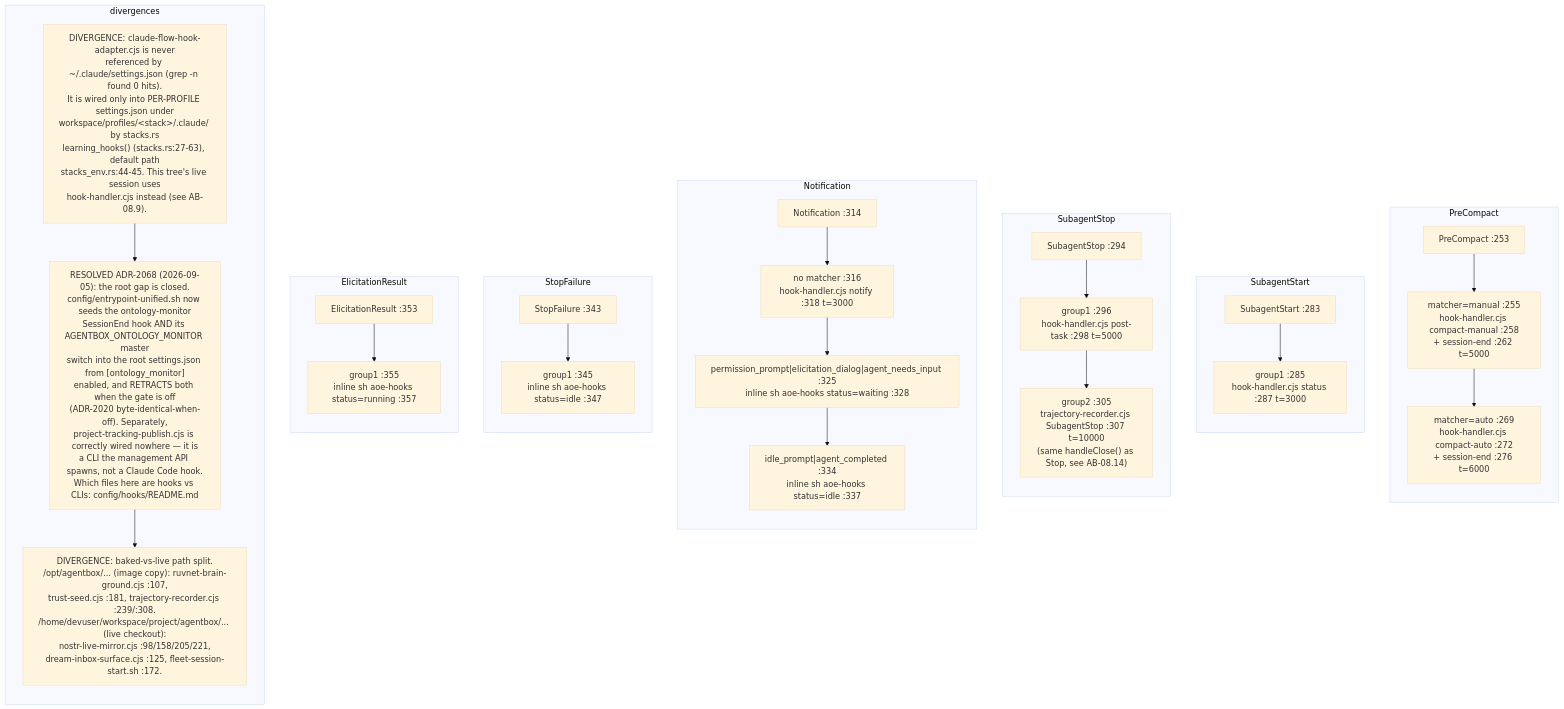
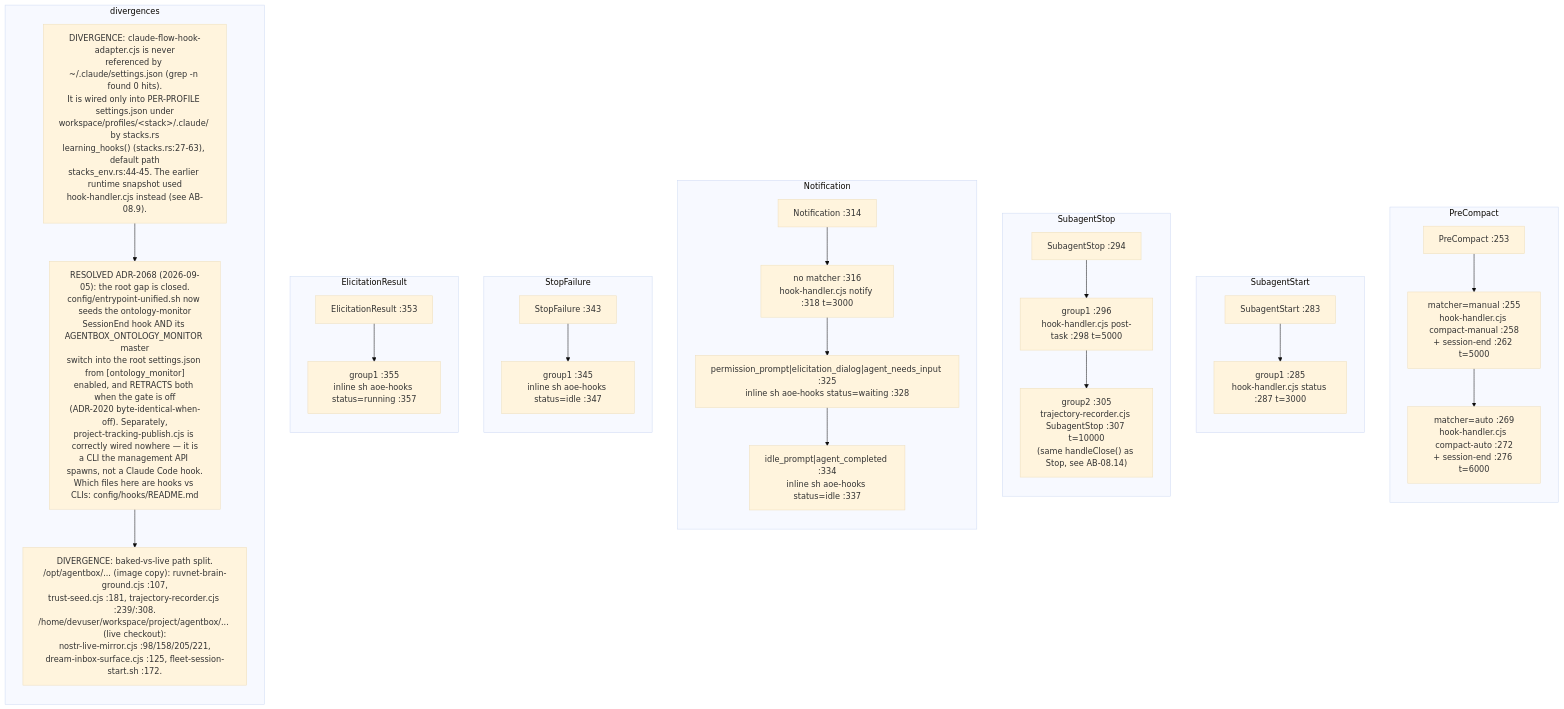
Before and after one commit to DreamLab-AI/VisionFlow: the second of 14 diagrams in docs/diagrams/agentbox/08-hooks-pipeline.md, drawn with Mermaid (base theme). The commit also changed other lines of this file and 185 other files, not shown here.

Commit message:
docs(estate): reconcile diagrams and ADRs with source and define closeout sprint

````diff
--- a/docs/diagrams/agentbox/08-hooks-pipeline.md
+++ b/docs/diagrams/agentbox/08-hooks-pipeline.md
@@ -89,50 +92,50 @@
 ```mermaid
 flowchart TB
     subgraph PCG["PreCompact"]
     direction TB
     PC0["PreCompact :253"]
     PC1["matcher=manual :255<br/>hook-handler.cjs compact-manual :258<br/>+ session-end :262 t=5000"]
     PC2["matcher=auto :269<br/>hook-handler.cjs compact-auto :272<br/>+ session-end :276 t=6000"]
     PC0 --> PC1 --> PC2
     end
     subgraph SASG["SubagentStart"]
     direction TB
     SAS0["SubagentStart :283"]
     SAS1["group1 :285<br/>hook-handler.cjs status :287 t=3000"]
     SAS0 --> SAS1
     end
     subgraph SASTG["SubagentStop"]
     direction TB
     SAST0["SubagentStop :294"]
     SAST1["group1 :296<br/>hook-handler.cjs post-task :298 t=5000"]
     SAST2["group2 :305<br/>trajectory-recorder.cjs SubagentStop :307 t=10000<br/>#40;same handleClose#40;#41; as Stop, see AB-08.14#41;"]
     SAST0 --> SAST1 --> SAST2
     end
     subgraph NG["Notification"]
     direction TB
     N0["Notification :314"]
     N1["no matcher :316<br/>hook-handler.cjs notify :318 t=3000"]
     N2["permission_prompt#124;elicitation_dialog#124;agent_needs_input :325<br/>inline sh aoe-hooks status=waiting :328"]
     N3["idle_prompt#124;agent_completed :334<br/>inline sh aoe-hooks status=idle :337"]
     N0 --> N1 --> N2 --> N3
     end
     subgraph SFG["StopFailure"]
     direction TB
     SF0["StopFailure :343"]
     SF1["group1 :345<br/>inline sh aoe-hooks status=idle :347"]
     SF0 --> SF1
     end
     subgraph ERG["ElicitationResult"]
     direction TB
     ER0["ElicitationResult :353"]
     ER1["group1 :355<br/>inline sh aoe-hooks status=running :357"]
     ER0 --> ER1
     end
     subgraph DIVG["divergences"]
     direction TB
-    DIV1["DIVERGENCE: claude-flow-hook-adapter.cjs is never<br/>referenced by ~/.claude/settings.json #40;grep -n found 0 hits#41;.<br/>It is wired only into PER-PROFILE settings.json under<br/>workspace/profiles/#60;stack#62;/.claude/ by stacks.rs<br/>learning_hooks#40;#41; #40;stacks.rs:27-63#41;, default path<br/>stacks_env.rs:44-45. This tree's live session uses<br/>hook-handler.cjs instead #40;see AB-08.9#41;."]
+    DIV1["DIVERGENCE: claude-flow-hook-adapter.cjs is never<br/>referenced by ~/.claude/settings.json #40;grep -n found 0 hits#41;.<br/>It is wired only into PER-PROFILE settings.json under<br/>workspace/profiles/#60;stack#62;/.claude/ by stacks.rs<br/>learning_hooks#40;#41; #40;stacks.rs:27-63#41;, default path<br/>stacks_env.rs:44-45. The earlier runtime snapshot used<br/>hook-handler.cjs instead #40;see AB-08.9#41;."]
     DIV2["RESOLVED ADR-2068 #40;2026-09-05#41;: the root gap is closed.<br/>config/entrypoint-unified.sh now seeds the ontology-monitor<br/>SessionEnd hook AND its AGENTBOX_ONTOLOGY_MONITOR master<br/>switch into the root settings.json from #91;ontology_monitor#93;<br/>enabled, and RETRACTS both when the gate is off<br/>#40;ADR-2020 byte-identical-when-off#41;. Separately,<br/>project-tracking-publish.cjs is correctly wired nowhere — it is<br/>a CLI the management API spawns, not a Claude Code hook.<br/>Which files here are hooks vs CLIs: config/hooks/README.md"]
     DIV3["DIVERGENCE: baked-vs-live path split.<br/>#47;opt#47;agentbox#47;... #40;image copy#41;: ruvnet-brain-ground.cjs :107,<br/>trust-seed.cjs :181, trajectory-recorder.cjs :239/:308.<br/>#47;home#47;devuser#47;workspace#47;project#47;agentbox#47;... #40;live checkout#41;:<br/>nostr-live-mirror.cjs :98/158/205/221,<br/>dream-inbox-surface.cjs :125, fleet-session-start.sh :172."]
     DIV1 --> DIV2 --> DIV3
     end
 ```
````
